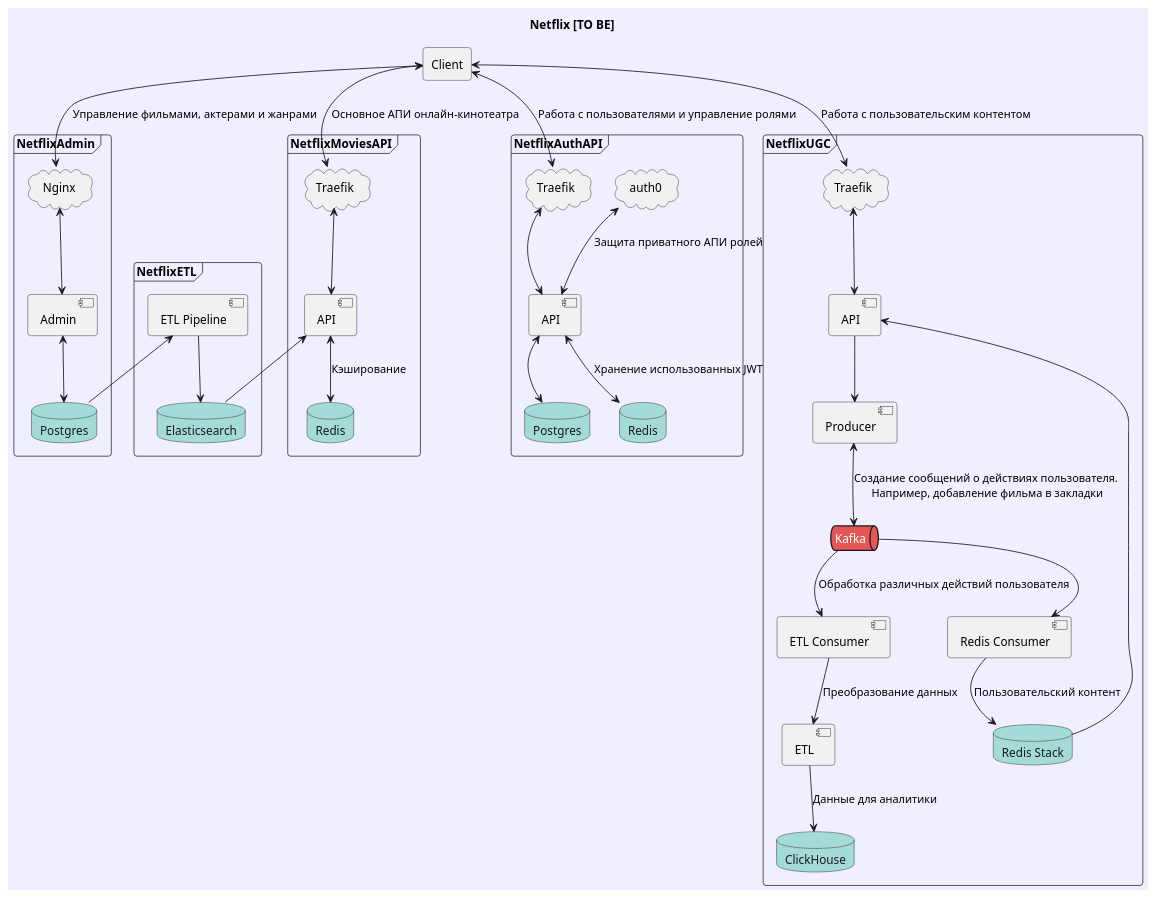
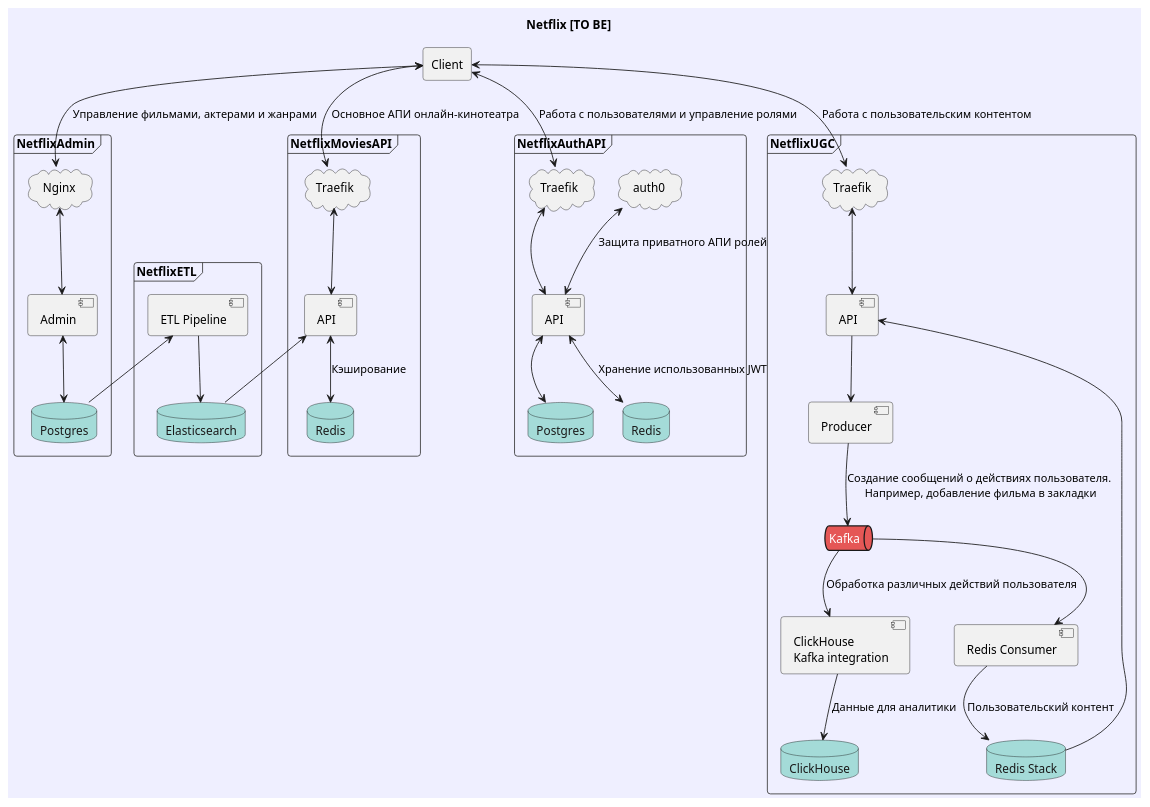
The diagram in docs/diagrams/to_be.puml (ReznikovRoman/ugc-demo), drawn with PlantUML before and after one commit. The commit also changed 2 other files, not shown here.

Commit message:
#5: docs: change UML diagram

```diff
--- a/docs/diagrams/to_be.puml
+++ b/docs/diagrams/to_be.puml
@@ -1,77 +1,75 @@
 @startuml
 !theme mars
 skinparam componentStyle uml2
 skinparam defaultFontName Segoe UI
 skinparam backgroundColor motivation
 
 title Netflix [TO BE]
 
 agent "Client" as base_client
 
 frame NetflixAdmin {
     cloud "Nginx" as nginx_admin
     component "Admin" as admin_admin
     database "Postgres" as postgres_admin
 
     nginx_admin <-down-> admin_admin
     admin_admin <-down-> postgres_admin
 }
 
 frame NetflixETL {
     database "Elasticsearch" as elasticsearch_etl
     component "ETL Pipeline" as etl_pipeline
 
     etl_pipeline <-down- postgres_admin
     etl_pipeline -down-> elasticsearch_etl
 }
 
 frame NetflixMoviesAPI {
     cloud "Traefik" as traefik_movies
     component "API" as api_movies
     database "Redis" as redis_movies
 
     api_movies <-up-> traefik_movies
     api_movies <-down- elasticsearch_etl
     api_movies <-down-> redis_movies: "Кэширование"
 }
 
 frame NetflixAuthAPI {
     cloud "Traefik" as traefik_auth
     cloud "auth0" as auth0_auth
     component "API" as api_auth
     database "Postgres" as postgres_auth
     database "Redis" as redis_auth
 
     api_auth <-up-> traefik_auth
     api_auth <-up-> auth0_auth: "Защита приватного АПИ ролей"
     api_auth <-down-> postgres_auth
     api_auth <-down-> redis_auth: "Хранение использованных JWT"
 }
 
 frame NetflixUGC {
     cloud "Traefik" as traefik_ugc
     component "API" as api_ugc
-    component "ETL Consumer" as consumer_ugc_etl
+    component "ClickHouse \nKafka integration" as consumer_clickhouse
     component "Redis Consumer" as consumer_ugc_redis
     component "Producer" as producer_ugc
-    component "ETL" as etl_ugc
     queue "Kafka" as kafka_ugc
     database "Redis Stack" as redis_stack_ugc
     database "ClickHouse" as clickhouse_ugc
 
     api_ugc <-up-> traefik_ugc
     api_ugc <-down- redis_stack_ugc
     api_ugc -down-> producer_ugc
-    producer_ugc <-down-> kafka_ugc: "Создание сообщений о действиях пользователя. \nНапример, добавление фильма в закладки"
+    producer_ugc -down-> kafka_ugc: "Создание сообщений о действиях пользователя. \nНапример, добавление фильма в закладки"
     kafka_ugc -down-> consumer_ugc_redis
     consumer_ugc_redis -down-> redis_stack_ugc: "Пользовательский контент"
-    kafka_ugc -down-> consumer_ugc_etl: "Обработка различных действий пользователя"
-    consumer_ugc_etl -down-> etl_ugc: "Преобразование данных"
-    etl_ugc -down-> clickhouse_ugc: "Данные для аналитики"
+    kafka_ugc -down-> consumer_clickhouse: "Обработка различных действий пользователя"
+    consumer_clickhouse -down-> clickhouse_ugc: "Данные для аналитики"
 }
 
 base_client <-down-> nginx_admin: "Управление фильмами, актерами и жанрами"
 base_client <-down-> traefik_movies: "Основное АПИ онлайн-кинотеатра"
 base_client <-down-> traefik_auth: "Работа с пользователями и управление ролями"
 base_client <-down-> traefik_ugc: "Работа с пользовательским контентом"
 @enduml
```
